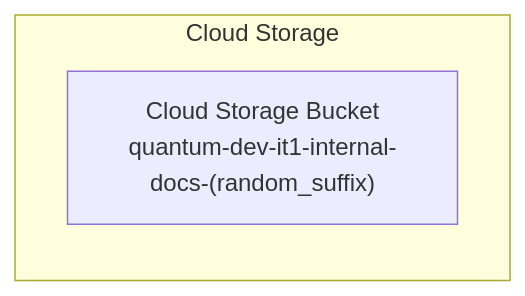
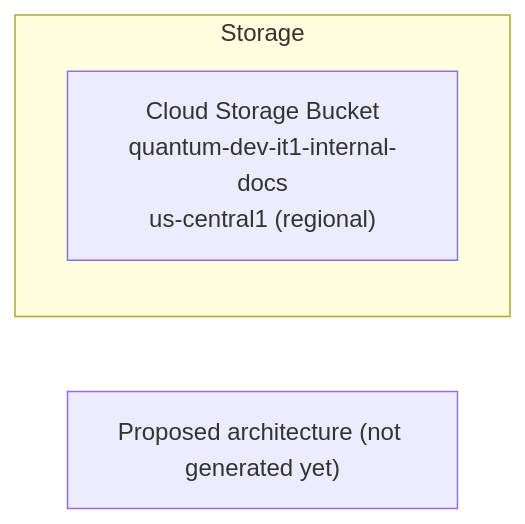
The diagram in stacks/it-1/architecture.mmd (manubabugenai/neo-terraform-output), drawn with Mermaid before and after one commit.

Commit message:
Add architecture diagram for it-1

```diff
--- a/stacks/it-1/architecture.mmd
+++ b/stacks/it-1/architecture.mmd
@@ -1,4 +1,6 @@
 flowchart LR
-    subgraph Storage["Cloud Storage"]
-        Bucket["Cloud Storage Bucket<br/>quantum-dev-it1-internal-docs-(random_suffix)"]
-    end
+  subgraph Storage
+    Bucket["Cloud Storage Bucket<br/>quantum-dev-it1-internal-docs<br/>us-central1 (regional)"]
+  end
+
+  note["Proposed architecture (not generated yet)"]
```
